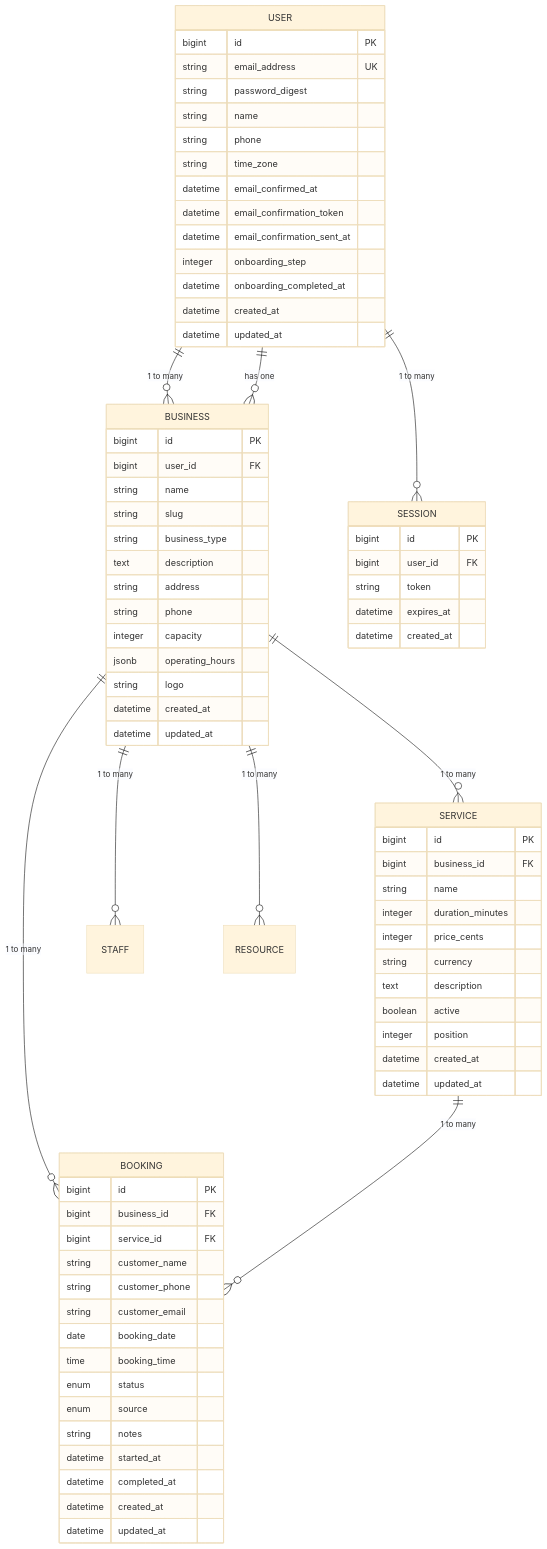
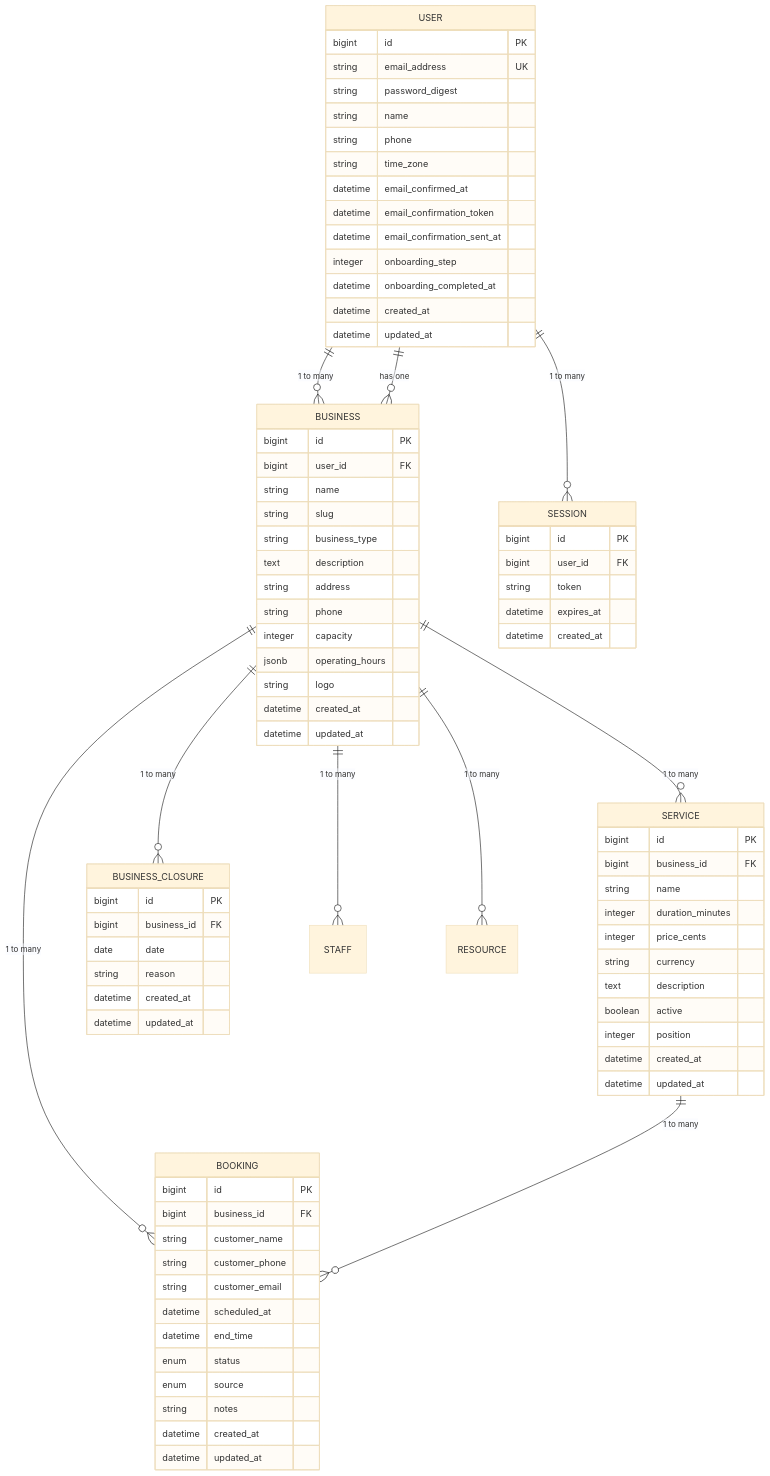
The diagram in docs/system-architecture.md (cuongnc0211/thembooking_com), drawn with Mermaid (base theme) before and after one commit. The commit also changed other lines of this file and 39 other files, not shown here.

```diff
--- a/docs/system-architecture.md
+++ b/docs/system-architecture.md
@@ -148,6 +148,7 @@
 
     BUSINESS ||--o{ SERVICE : "1 to many"
     BUSINESS ||--o{ BOOKING : "1 to many"
+    BUSINESS ||--o{ BUSINESS_CLOSURE : "1 to many"
     BUSINESS ||--o{ STAFF : "1 to many"
     BUSINESS ||--o{ RESOURCE : "1 to many"
 
@@ -202,17 +203,23 @@
     BOOKING {
         bigint id PK
         bigint business_id FK
-        bigint service_id FK
         string customer_name
         string customer_phone
         string customer_email
-        date booking_date
-        time booking_time
+        datetime scheduled_at
+        datetime end_time
         enum status
         enum source
         string notes
-        datetime started_at
-        datetime completed_at
+        datetime created_at
+        datetime updated_at
+    }
+
+    BUSINESS_CLOSURE {
+        bigint id PK
+        bigint business_id FK
+        date date
+        string reason
         datetime created_at
         datetime updated_at
     }
```
